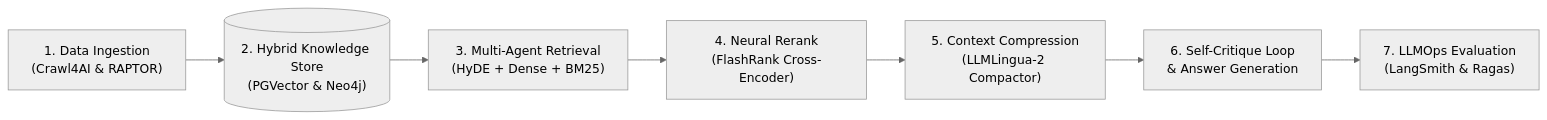
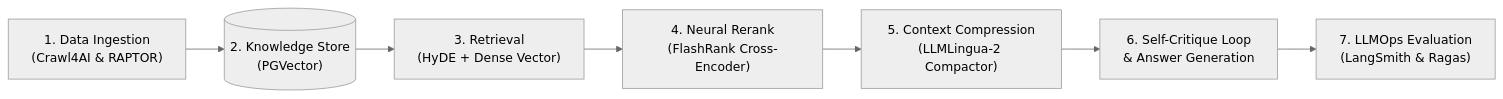
One commit to boycececil666gmailcom/documentation-chatbot changed the first of 4 diagrams in README.md. Above: the diagram before and after it, drawn with Mermaid. The commit also changed other lines of this file and 32 other files, not shown here.

Commit message:
feat: implement agent flow, preprocessing pipeline, and infrastructure configuration

````diff
--- a/README.md
+++ b/README.md
@@ -22,13 +21,13 @@
 ```mermaid
 ---
 config:
   theme: neutral
 ---
 flowchart LR
-    A["1. Data Ingestion<br/>(Crawl4AI & RAPTOR)"] --> B[("2. Hybrid Knowledge Store<br/>(PGVector & Neo4j)")]
-    B --> C["3. Multi-Agent Retrieval<br/>(HyDE + Dense + BM25)"]
+    A["1. Data Ingestion<br/>(Crawl4AI & RAPTOR)"] --> B[("2. Knowledge Store<br/>(PGVector)")]
+    B --> C["3. Retrieval<br/>(HyDE + Dense Vector)"]
     C --> D["4. Neural Rerank<br/>(FlashRank Cross-Encoder)"]
     D --> E["5. Context Compression<br/>(LLMLingua-2 Compactor)"]
     E --> F["6. Self-Critique Loop<br/>& Answer Generation"]
     F --> G["7. LLMOps Evaluation<br/>(LangSmith & Ragas)"]
 ```
````
